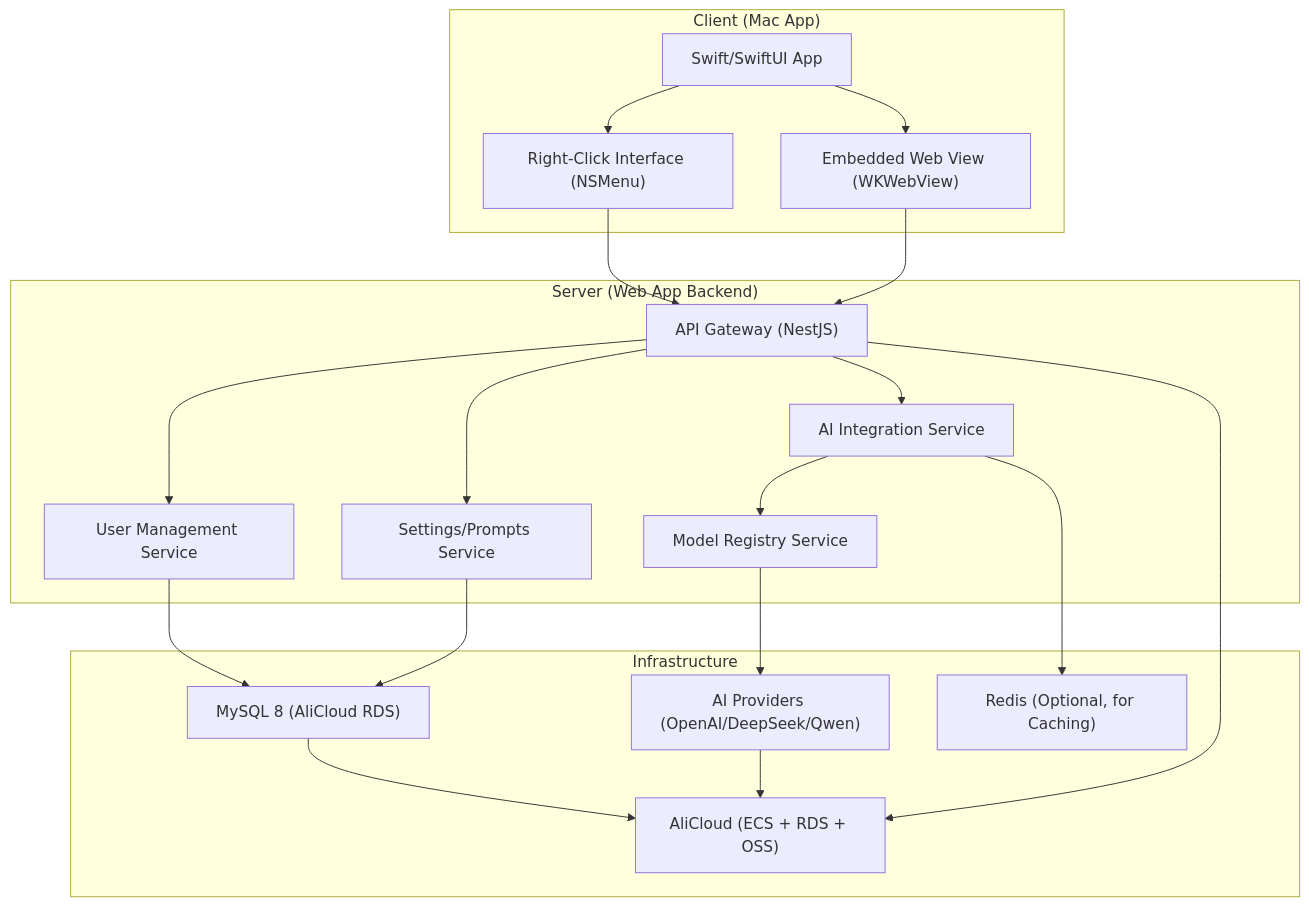
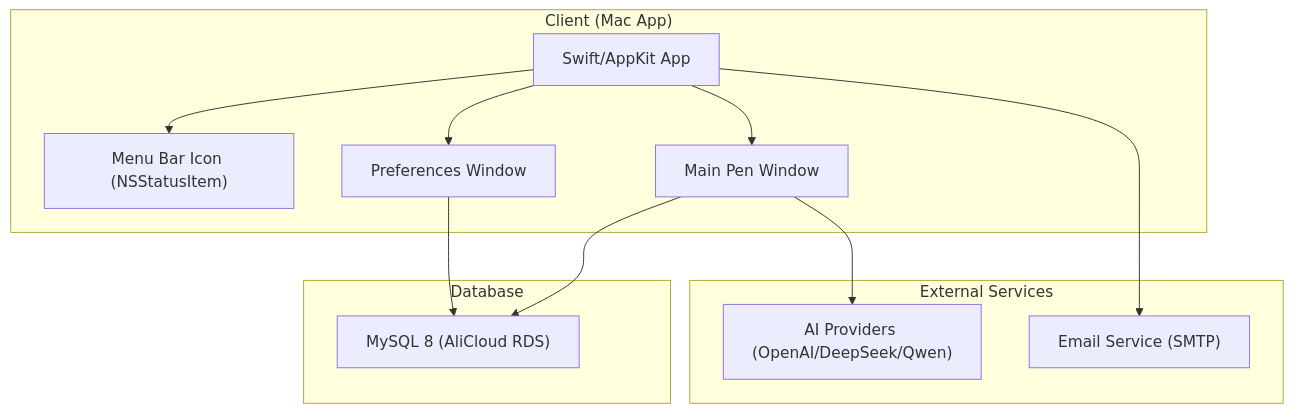
One commit to ethanhuangcst/pen.ai changed the diagram in Docs/readme.md. Above: the diagram before and after it, drawn with Mermaid. The commit also changed other lines of this file and 7 other files, not shown here.

````diff
--- a/Docs/readme.md
+++ b/Docs/readme.md
@@ -27,39 +24,26 @@
 ```mermaid
 flowchart TD
     subgraph "Client (Mac App)"
-        A["Swift/SwiftUI App"]
-        B["Right-Click Interface (NSMenu)"]
-        C["Embedded Web View (WKWebView)"]
+        A["Swift/AppKit App"]
+        B["Menu Bar Icon (NSStatusItem)"]
+        C["Main Pen Window"]
+        D["Preferences Window"]
     end
 
-    subgraph "Server (Web App Backend)"
-        D["API Gateway (NestJS)"]
-        E["User Management Service"]
-        F["AI Integration Service"]
-        G["Settings/Prompts Service"]
-        H["Model Registry Service"]
+    subgraph "Database"
+        I["MySQL 8 (AliCloud RDS)"]
     end
 
-    subgraph "Infrastructure"
-        I["MySQL 8 (AliCloud RDS)"]
+    subgraph "External Services"
         J["AI Providers (OpenAI/DeepSeek/Qwen)"]
-        K["AliCloud (ECS + RDS + OSS)"]
-        L["Redis (Optional, for Caching)"]
+        K["Email Service (SMTP)"]
     end
 
     A --> B
     A --> C
-    B --> D
-    C --> D
-    D --> E
-    D --> F
-    D --> G
-    F --> H
-    H --> J
-    E --> I
-    G --> I
-    F --> L
-    I --> K
-    J --> K
-    D --> K
+    A --> D
+    C --> I
+    D --> I
+    C --> J
+    A --> K
 ```
````
